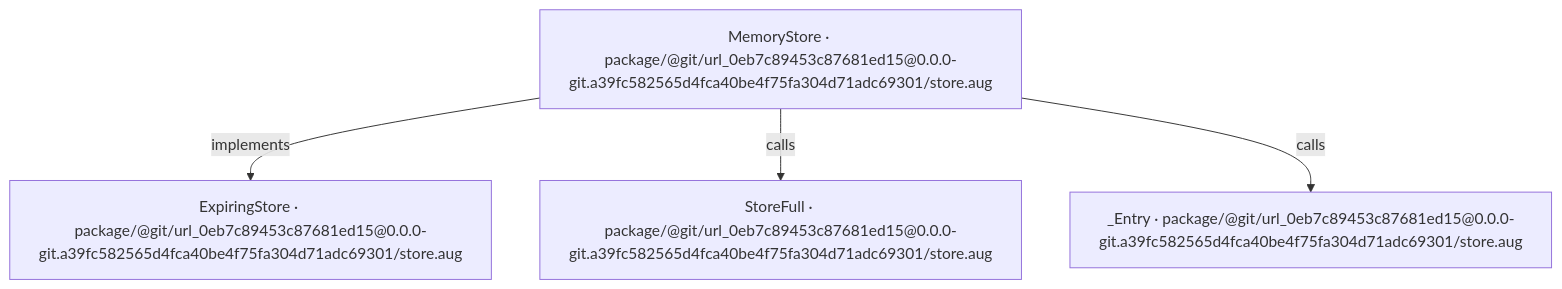
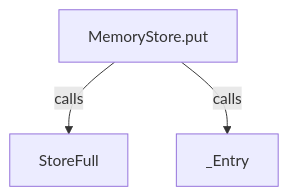
The second of 6 diagrams in docs/examples/oidc-login/dependencies/packages/@git/url_0eb7c89453c87681ed15/0.0.0-git.a39fc582565d4fca40be4f75fa304d71adc69301/store-diagrams.md (GreenPandaStudios/augscript), drawn with Mermaid before and after one commit. The commit also changed other lines of this file and 524 other files, not shown here.

Commit message:
Explain checked data flow at folder and service levels

````diff
--- a/docs/examples/oidc-login/dependencies/packages/@git/url_0eb7c89453c87681ed15/0.0.0-git.a39fc582565d4fca40be4f75fa304d71adc69301/store-diagrams.md
+++ b/docs/examples/oidc-login/dependencies/packages/@git/url_0eb7c89453c87681ed15/0.0.0-git.a39fc582565d4fca40be4f75fa304d71adc69301/store-diagrams.md
@@ -19,10 +30,8 @@
 ```mermaid
 flowchart TD
-    n0["ExpiringStore · package/@git/url_0eb7c89453c87681ed15@0.0.0-git.a39fc582565d4fca40be4f75fa304d71adc69301/store.aug"]
-    n1["MemoryStore · package/@git/url_0eb7c89453c87681ed15@0.0.0-git.a39fc582565d4fca40be4f75fa304d71adc69301/store.aug"]
-    n2["StoreFull · package/@git/url_0eb7c89453c87681ed15@0.0.0-git.a39fc582565d4fca40be4f75fa304d71adc69301/store.aug"]
-    n3["_Entry · package/@git/url_0eb7c89453c87681ed15@0.0.0-git.a39fc582565d4fca40be4f75fa304d71adc69301/store.aug"]
-    n1 -->|"implements"| n0
-    n1 -->|"calls"| n2
-    n1 -->|"calls"| n3
+    n0["MemoryStore.put"]
+    n1["StoreFull"]
+    n2["_Entry"]
+    n0 -->|"calls"| n1
+    n0 -->|"calls"| n2
 ```
````
